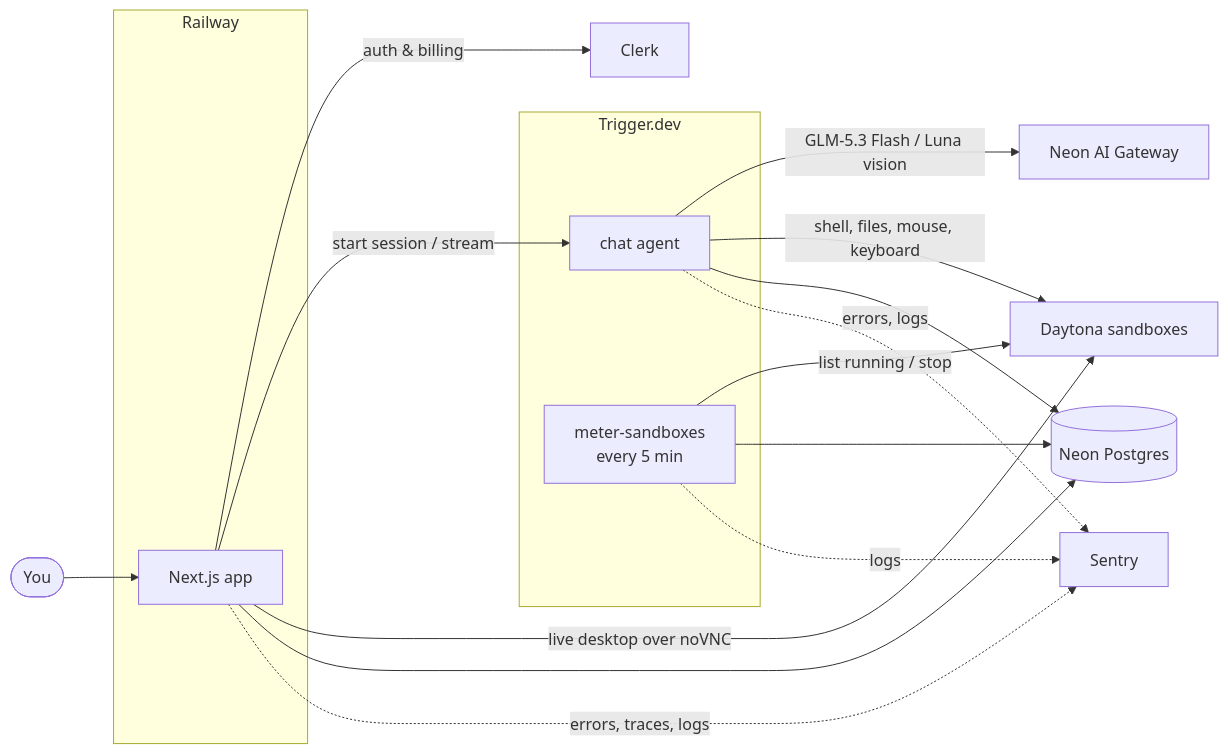
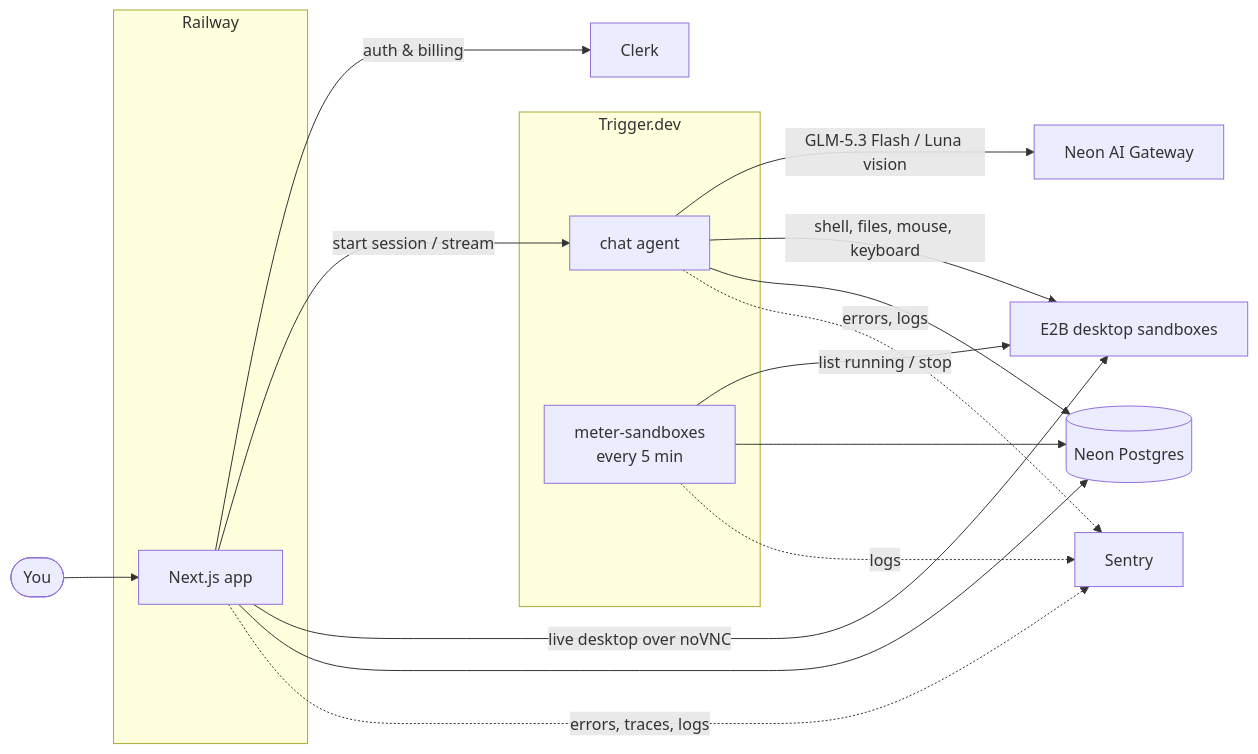
The diagram in README.md (drewsephski/ai-teammates), drawn with Mermaid before and after one commit. The commit also changed other lines of this file and 19 other files, not shown here.

````diff
--- a/README.md
+++ b/README.md
@@ -59,29 +59,29 @@
 ```mermaid
 flowchart LR
     U([You]) --> APP
 
     subgraph Railway
         APP[Next.js app]
     end
 
     APP -- auth & billing --> CLERK[Clerk]
     APP -- start session / stream --> AGENT
 
     subgraph Trigger.dev
         AGENT[chat agent]
         METER[meter-sandboxes<br/>every 5 min]
     end
 
     AGENT -- GLM-5.3 Flash / Luna vision --> GATEWAY[Neon AI Gateway]
-    AGENT -- shell, files, mouse, keyboard --> SANDBOX[Daytona sandboxes]
+    AGENT -- shell, files, mouse, keyboard --> SANDBOX[E2B desktop sandboxes]
     APP -- live desktop over noVNC --> SANDBOX
     METER -- list running / stop --> SANDBOX
 
     APP --> DB[(Neon Postgres)]
     AGENT --> DB
     METER --> DB
 
     APP -. errors, traces, logs .-> SENTRY[Sentry]
     AGENT -. errors, logs .-> SENTRY
     METER -. logs .-> SENTRY
 ```
````
